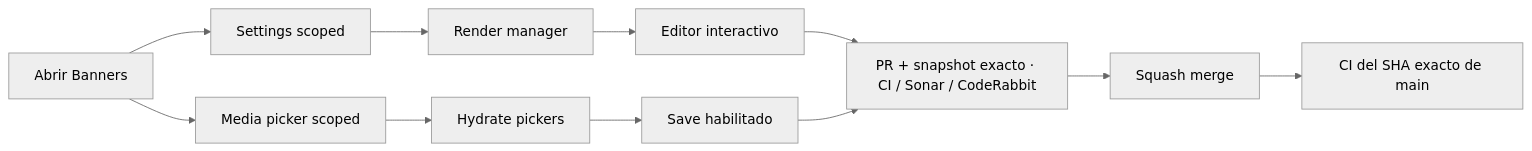
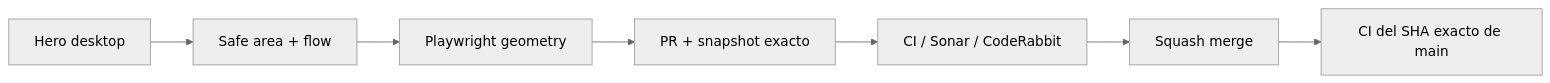
The diagram in README.md (pl0n3r/brvtal), drawn with Mermaid (neutral theme) before and after one commit. The commit also changed other lines of this file and 7 other files, not shown here.

Commit message:
fix: stabilize public hero desktop composition

````diff
--- a/README.md
+++ b/README.md
@@ -47,13 +46,9 @@
 ```mermaid
 flowchart LR
- A["Abrir Banners"] --> S["Settings scoped"]
- A --> M["Media picker scoped"]
- S --> R["Render manager"]
- M --> H["Hydrate pickers"]
- R --> I["Editor interactivo"]
- H --> V["Save habilitado"]
- I --> G["PR + snapshot exacto · CI / Sonar / CodeRabbit"]
- V --> G
- G --> Q["Squash merge"]
- Q --> X["CI del SHA exacto de main"]
+ A["Hero desktop"] --> G["Safe area + flow"]
+ G --> T["Playwright geometry"]
+ T --> P["PR + snapshot exacto"]
+ P --> Q["CI / Sonar / CodeRabbit"]
+ Q --> M["Squash merge"]
+ M --> X["CI del SHA exacto de main"]
 ```
````
